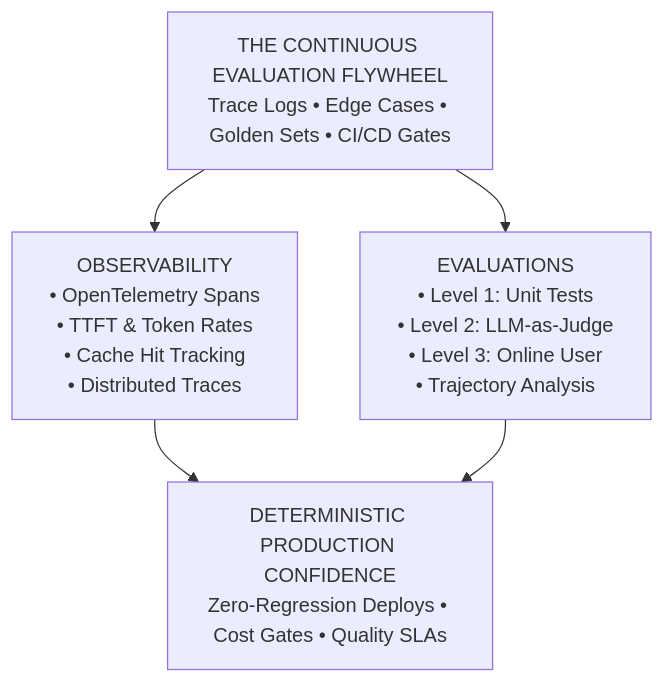
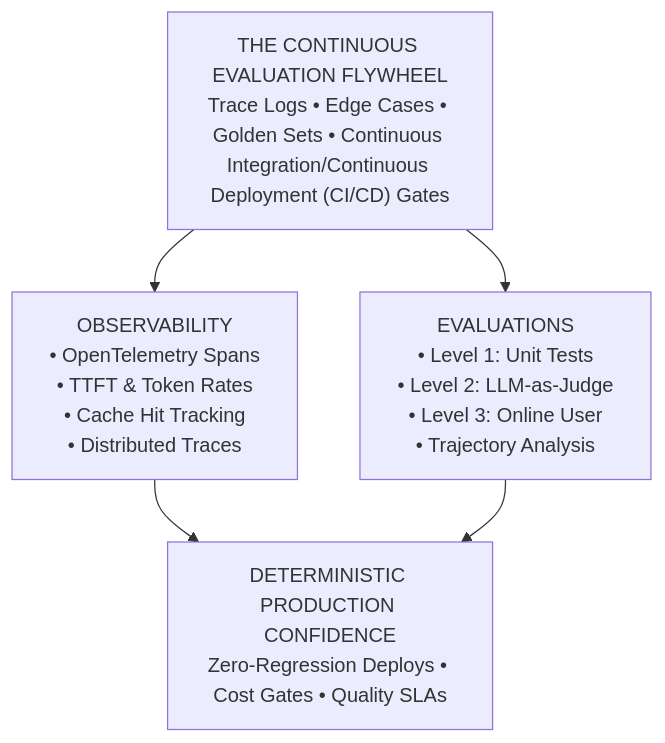
Before and after one commit to dip4k/senior-engineer-to-ai-engineer-roadmap: the diagram in 06-evals-and-observability/README.md, drawn with Mermaid. The commit also changed other lines of this file and 59 other files, not shown here.

````diff
--- a/06-evals-and-observability/README.md
+++ b/06-evals-and-observability/README.md
@@ -16,10 +16,10 @@
 ```mermaid
 flowchart TD
-    A["THE CONTINUOUS EVALUATION FLYWHEEL<br/>Trace Logs • Edge Cases • Golden Sets • CI/CD Gates"]
+    A["THE CONTINUOUS EVALUATION FLYWHEEL<br/>Trace Logs • Edge Cases • Golden Sets • Continuous Integration/Continuous Deployment (CI/CD) Gates"]
     
     A --> B["OBSERVABILITY<br/>• OpenTelemetry Spans<br/>• TTFT & Token Rates<br/>• Cache Hit Tracking<br/>• Distributed Traces"]
     A --> C["EVALUATIONS<br/>• Level 1: Unit Tests<br/>• Level 2: LLM-as-Judge<br/>• Level 3: Online User<br/>• Trajectory Analysis"]
     
     B --> D["DETERMINISTIC PRODUCTION CONFIDENCE<br/>Zero-Regression Deploys • Cost Gates • Quality SLAs"]
     C --> D
 ```
````
